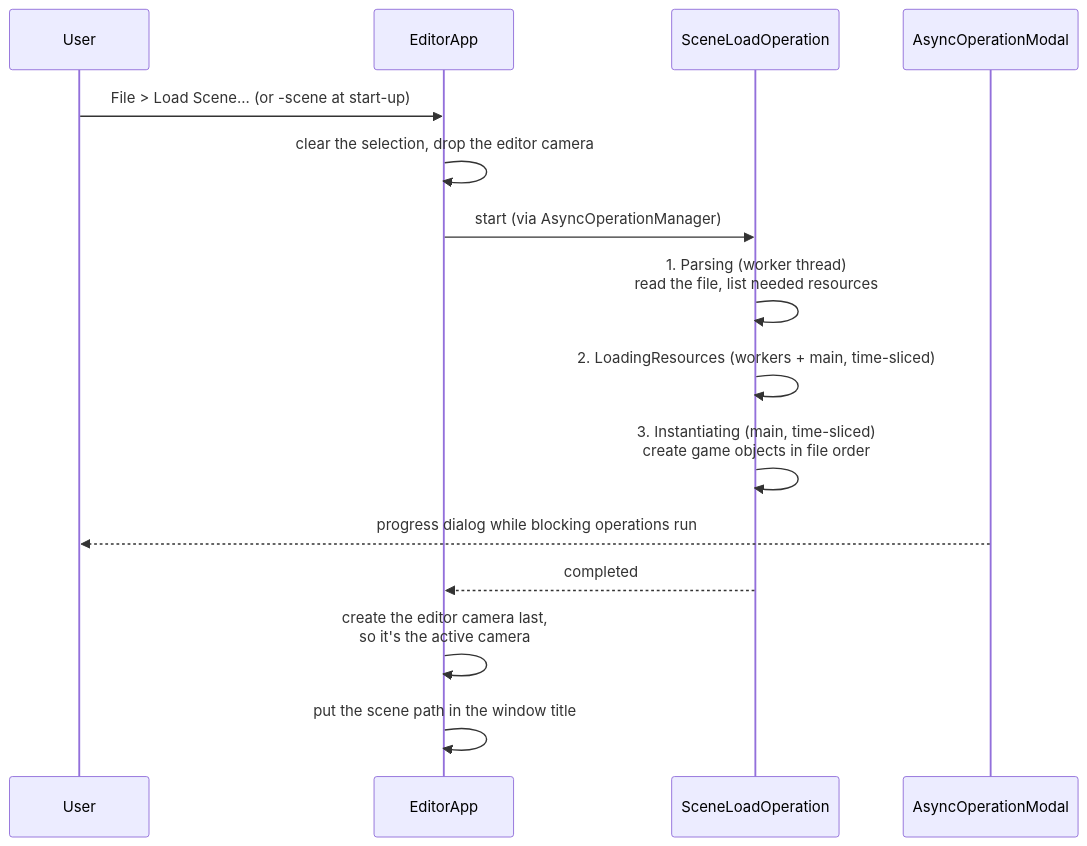
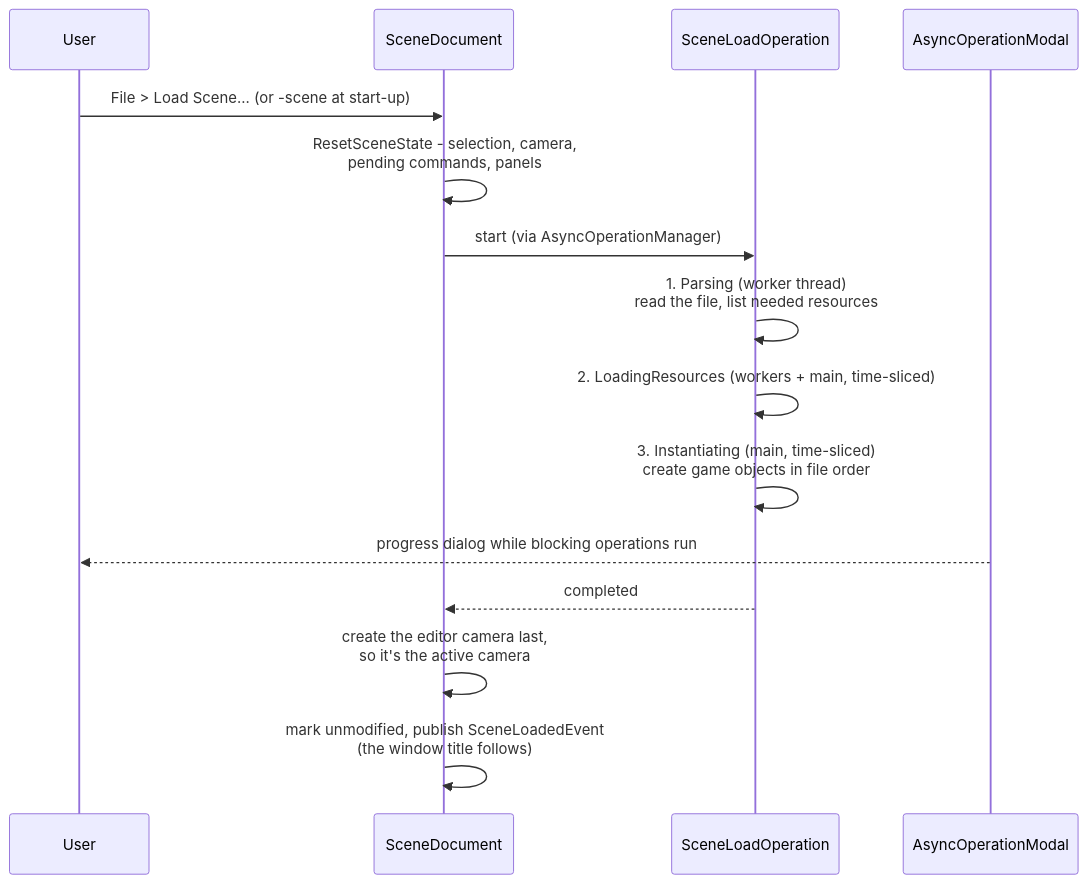
Before and after one commit to b1nary0/RZE: the second of 3 diagrams in Docs/Generated/Engine/07-Editor/Editor-Overview.md, drawn with Mermaid. The commit also changed other lines of this file and 18 other files, not shown here.

````diff
--- a/Docs/Generated/Engine/07-Editor/Editor-Overview.md
+++ b/Docs/Generated/Engine/07-Editor/Editor-Overview.md
@@ -61,18 +64,18 @@
 ```mermaid
 %%{init: {'flowchart': {'subGraphTitleMargin': {'top': 6, 'bottom': 10}}, 'themeCSS': '.labelBkg, .edgeLabel { background-color: var(--background-primary) !important; } .messageText, .labelText, .loopText { paint-order: stroke; stroke: var(--background-primary); stroke-width: 5px; stroke-linejoin: round; }'}}%%
 sequenceDiagram
     participant User
-    participant App as EditorApp
+    participant App as SceneDocument
     participant Op as SceneLoadOperation
     participant Modal as AsyncOperationModal
     User->>App: File > Load Scene... (or -scene at start-up)
-    App->>App: clear the selection, drop the editor camera
+    App->>App: ResetSceneState - selection, camera,<br/>pending commands, panels
     App->>Op: start (via AsyncOperationManager)
     Op->>Op: 1. Parsing (worker thread)<br/>read the file, list needed resources
     Op->>Op: 2. LoadingResources (workers + main, time-sliced)
     Op->>Op: 3. Instantiating (main, time-sliced)<br/>create game objects in file order
     Modal-->>User: progress dialog while blocking operations run
     Op-->>App: completed
     App->>App: create the editor camera last,<br/>so it's the active camera
-    App->>App: put the scene path in the window title
+    App->>App: mark unmodified, publish SceneLoadedEvent<br/>(the window title follows)
 ```
````
